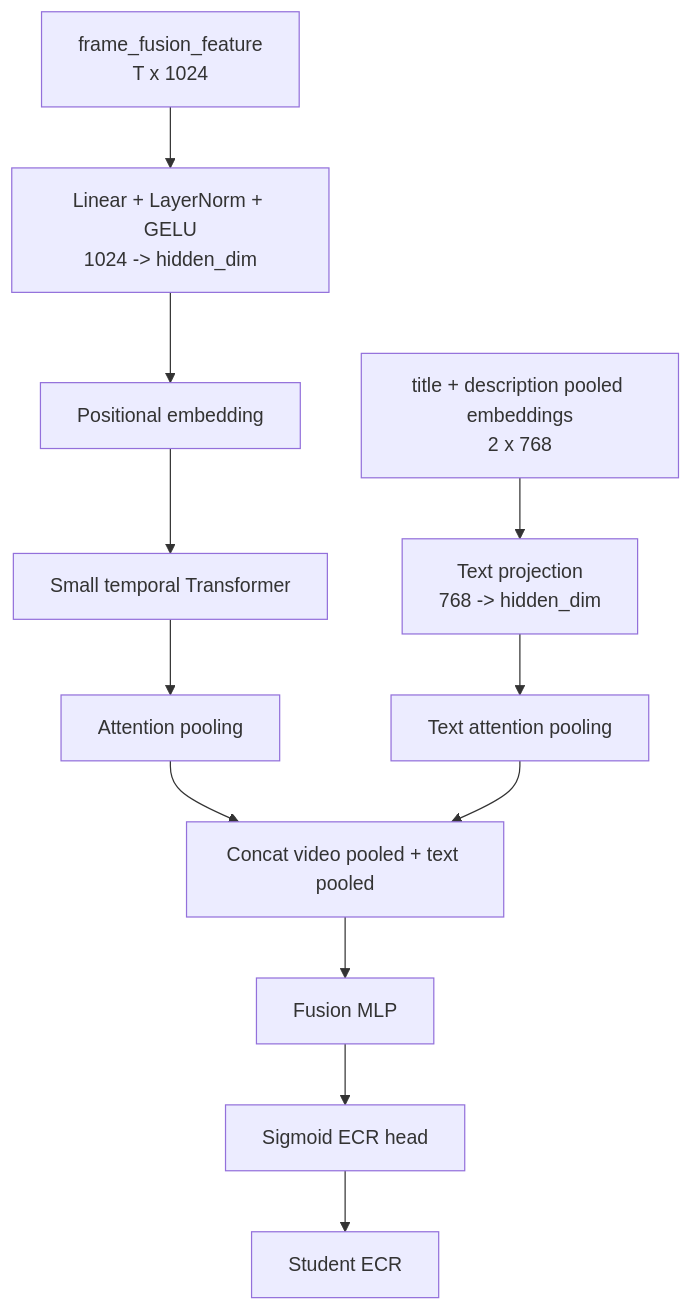
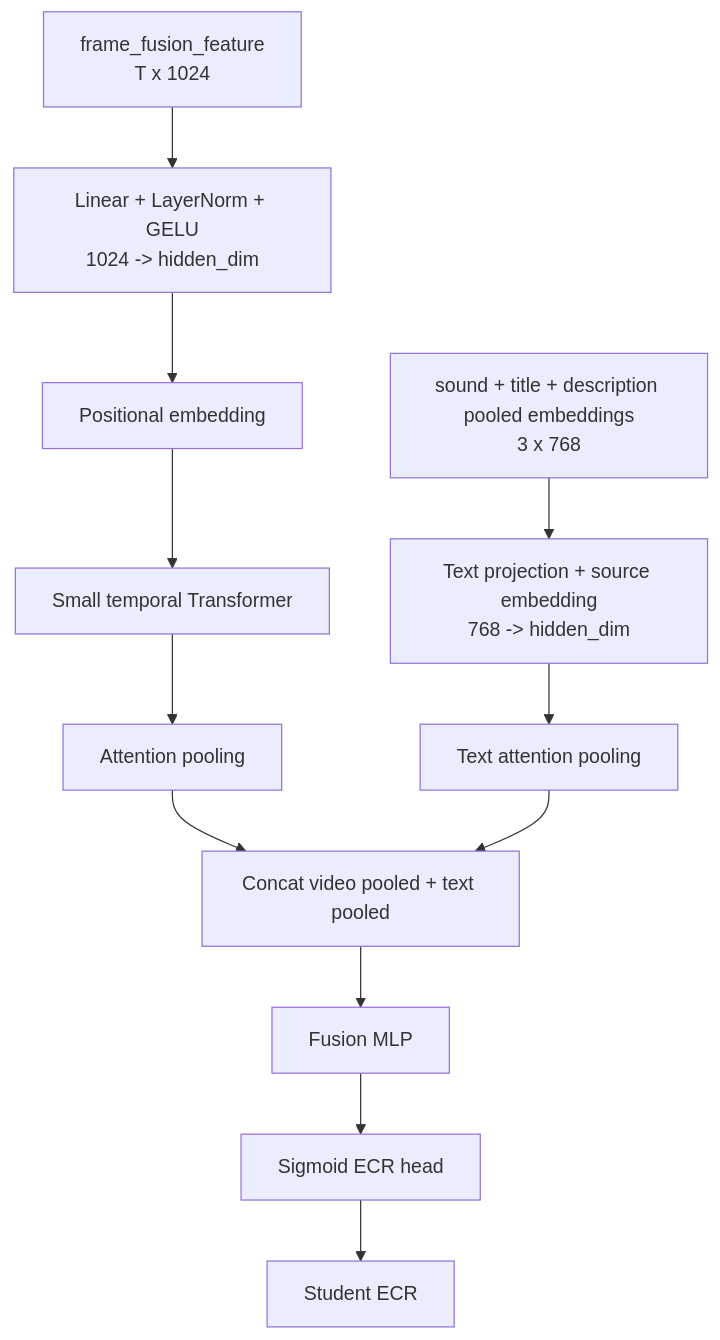
Before and after one commit to TranTop2806/SnapUGC-LightKD: the third of 3 diagrams in README.md, drawn with Mermaid. The commit also changed other lines of this file and 11 other files, not shown here.

````diff
--- a/README.md
+++ b/README.md
@@ -250,16 +257,16 @@
 ```mermaid
 flowchart TD
     VF["frame_fusion_feature<br/>T x 1024"] --> VP["Linear + LayerNorm + GELU<br/>1024 -> hidden_dim"]
     VP --> PE["Positional embedding"]
     PE --> TE["Small temporal Transformer"]
     TE --> AP["Attention pooling"]
 
-    TX["title + description pooled embeddings<br/>2 x 768"] --> TP["Text projection<br/>768 -> hidden_dim"]
+    TX["sound + title + description pooled embeddings<br/>3 x 768"] --> TP["Text projection + source embedding<br/>768 -> hidden_dim"]
     TP --> TAP["Text attention pooling"]
 
     AP --> CAT["Concat video pooled + text pooled"]
     TAP --> CAT
     CAT --> FM["Fusion MLP"]
     FM --> EH["Sigmoid ECR head"]
     EH --> ECR["Student ECR"]
 ```
````
